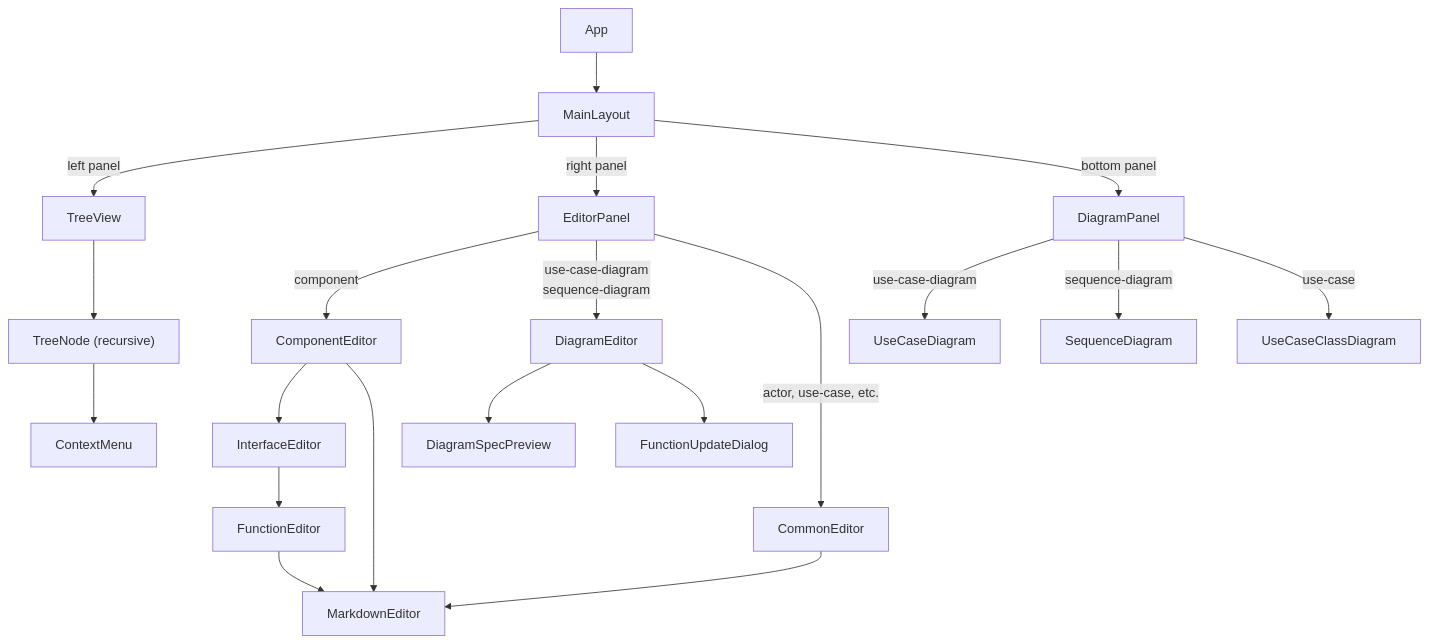
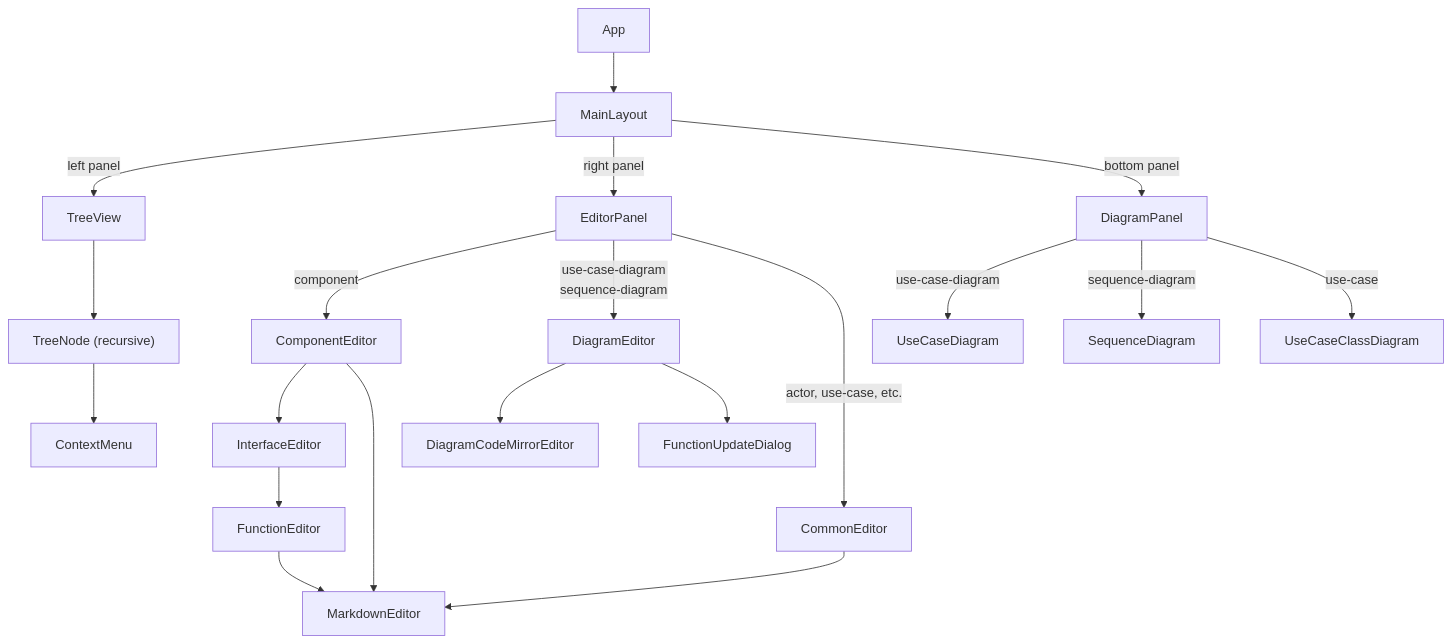
One commit to twinprime/integra changed the first of 2 diagrams in README.md. Above: the diagram before and after it, drawn with Mermaid. The commit also changed other lines of this file and 12 other files, not shown here.

First line of the commit message:
feat: replace diagram spec editors with CodeMirror 6 + Chevrotain

````diff
--- a/README.md
+++ b/README.md
@@ -291,28 +293,28 @@
 ```mermaid
 graph TD
     App --> MainLayout
 
     MainLayout -->|left panel| TreeView
     MainLayout -->|right panel| EditorPanel
     MainLayout -->|bottom panel| DiagramPanel
 
     TreeView --> TreeNode["TreeNode (recursive)"]
     TreeNode --> ContextMenu
 
     EditorPanel -->|component| ComponentEditor
     EditorPanel -->|"use-case-diagram<br>sequence-diagram"| DiagramEditor
     EditorPanel -->|actor, use-case, etc.| CommonEditor
 
     ComponentEditor --> InterfaceEditor
     ComponentEditor --> MarkdownEditor
     InterfaceEditor --> FunctionEditor
     FunctionEditor --> MarkdownEditor
     CommonEditor --> MarkdownEditor
 
-    DiagramEditor --> DiagramSpecPreview
+    DiagramEditor --> DiagramCodeMirrorEditor
     DiagramEditor --> FunctionUpdateDialog
 
     DiagramPanel -->|use-case-diagram| UseCaseDiagram
     DiagramPanel -->|sequence-diagram| SequenceDiagram
     DiagramPanel -->|use-case| UseCaseClassDiagram
 ```
````
